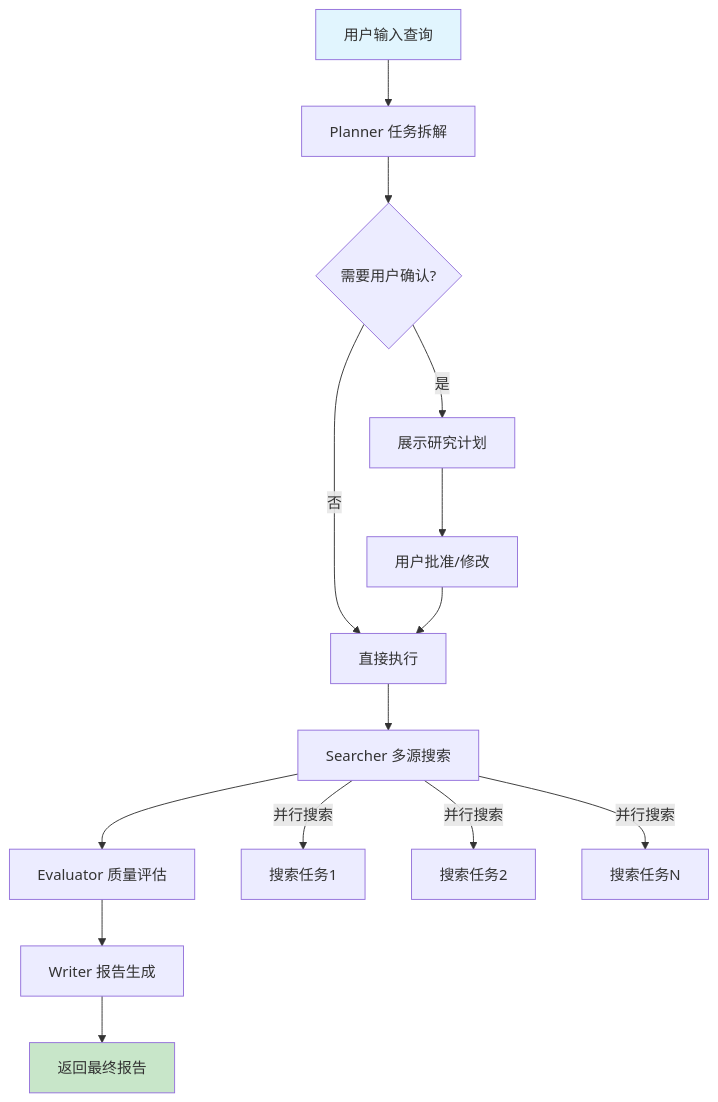
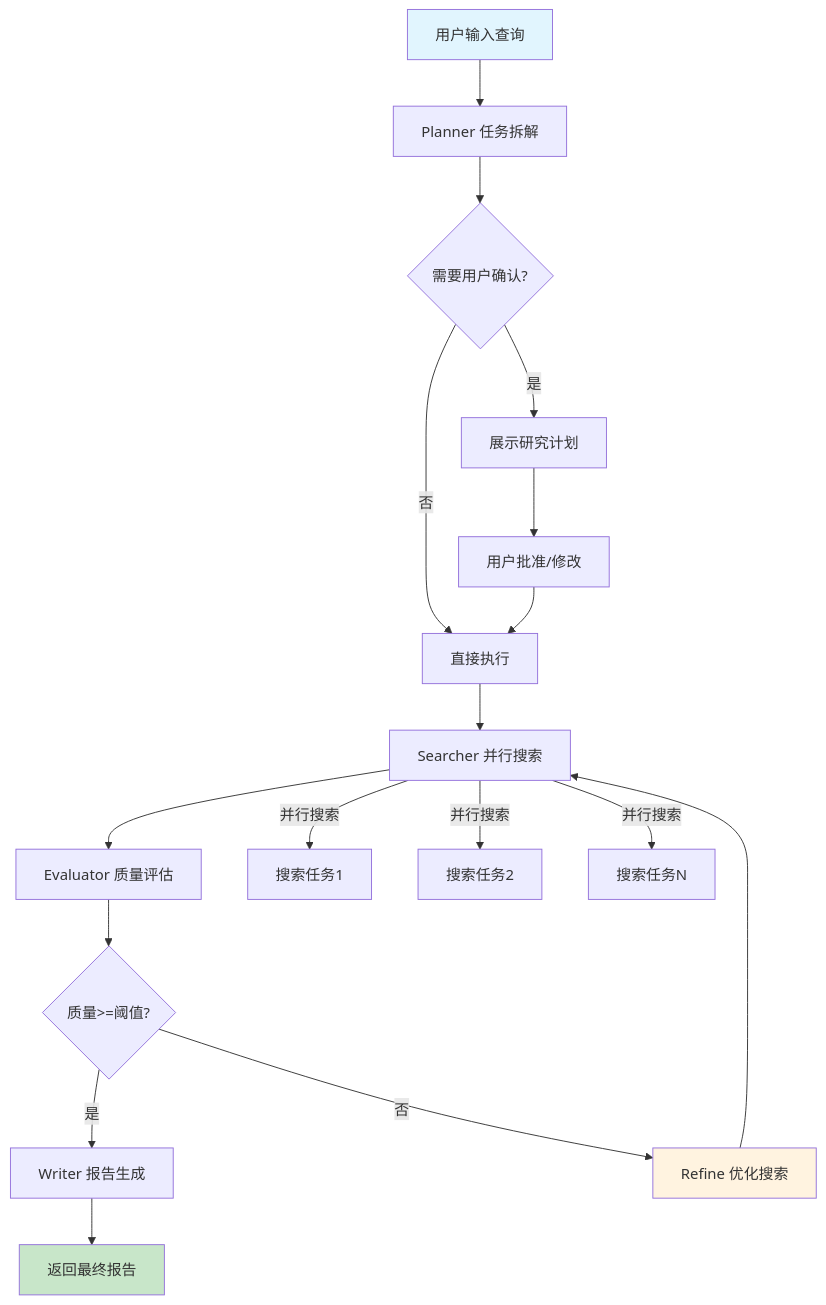
Before and after one commit to yyw1122/Deep-Research-Agent: the second of 2 diagrams in README.md, drawn with Mermaid. The commit also changed other lines of this file and 47 other files, not shown here.

````diff
--- a/README.md
+++ b/README.md
@@ -311,20 +145,26 @@
 ```mermaid
 flowchart TD
     A[用户输入查询] --> B[Planner 任务拆解]
     B --> C{需要用户确认?}
     C -->|是| D[展示研究计划]
     C -->|否| E[直接执行]
     D --> F[用户批准/修改]
     F --> E
-    E --> G[Searcher 多源搜索]
+
+    E --> G[Searcher 并行搜索]
     G --> H[Evaluator 质量评估]
-    H --> I[Writer 报告生成]
-    I --> J[返回最终报告]
+    H --> I{质量>=阈值?}
+    I -->|是| J[Writer 报告生成]
+    I -->|否| K[Refine 优化搜索]
+    K --> G
+
+    J --> L[返回最终报告]
 
     G -->|并行搜索| G1[搜索任务1]
     G -->|并行搜索| G2[搜索任务2]
     G -->|并行搜索| G3[搜索任务N]
 
     style A fill:#e1f5fe
-    style J fill:#c8e6c9
+    style L fill:#c8e6c9
+    style K fill:#fff3e0
 ```
````
